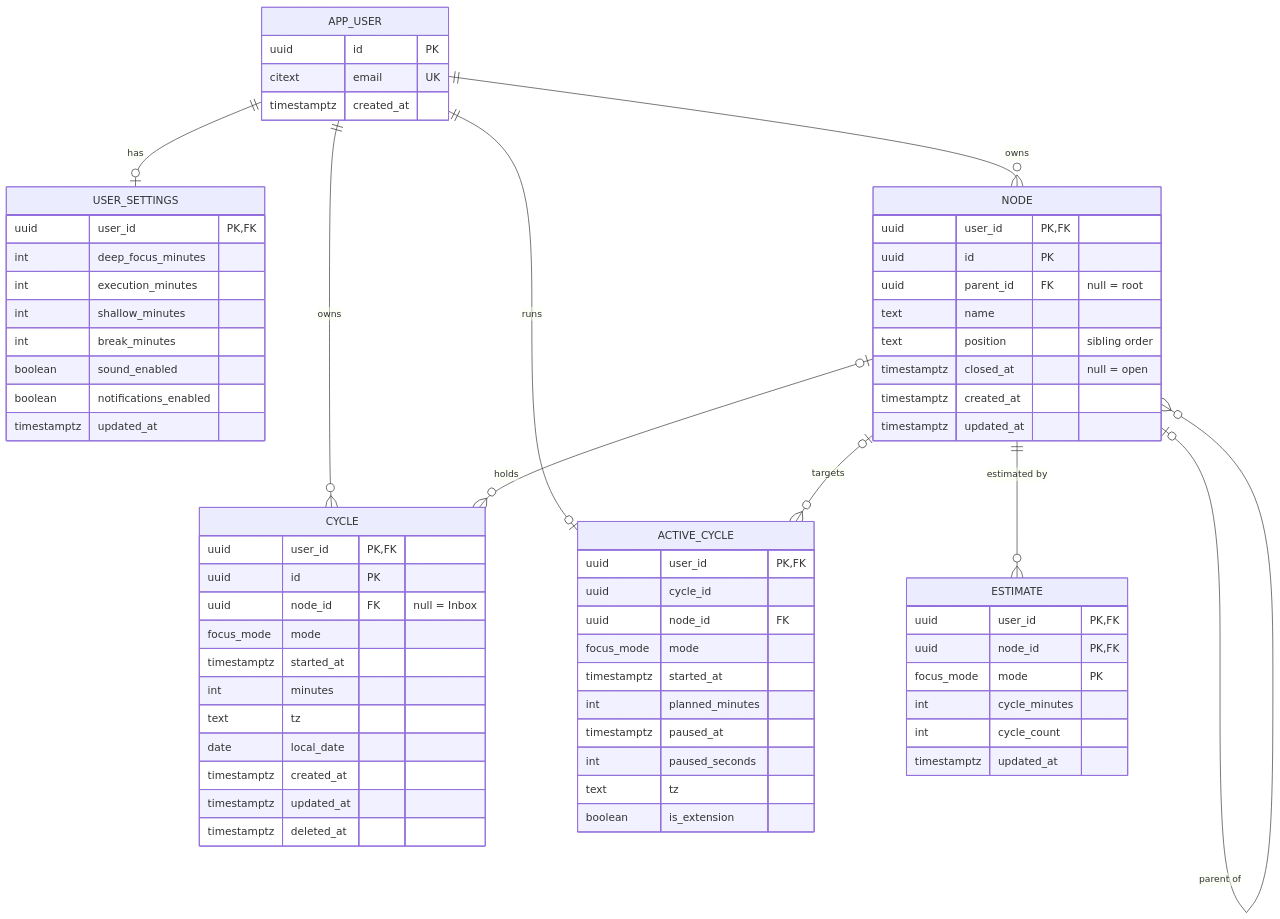
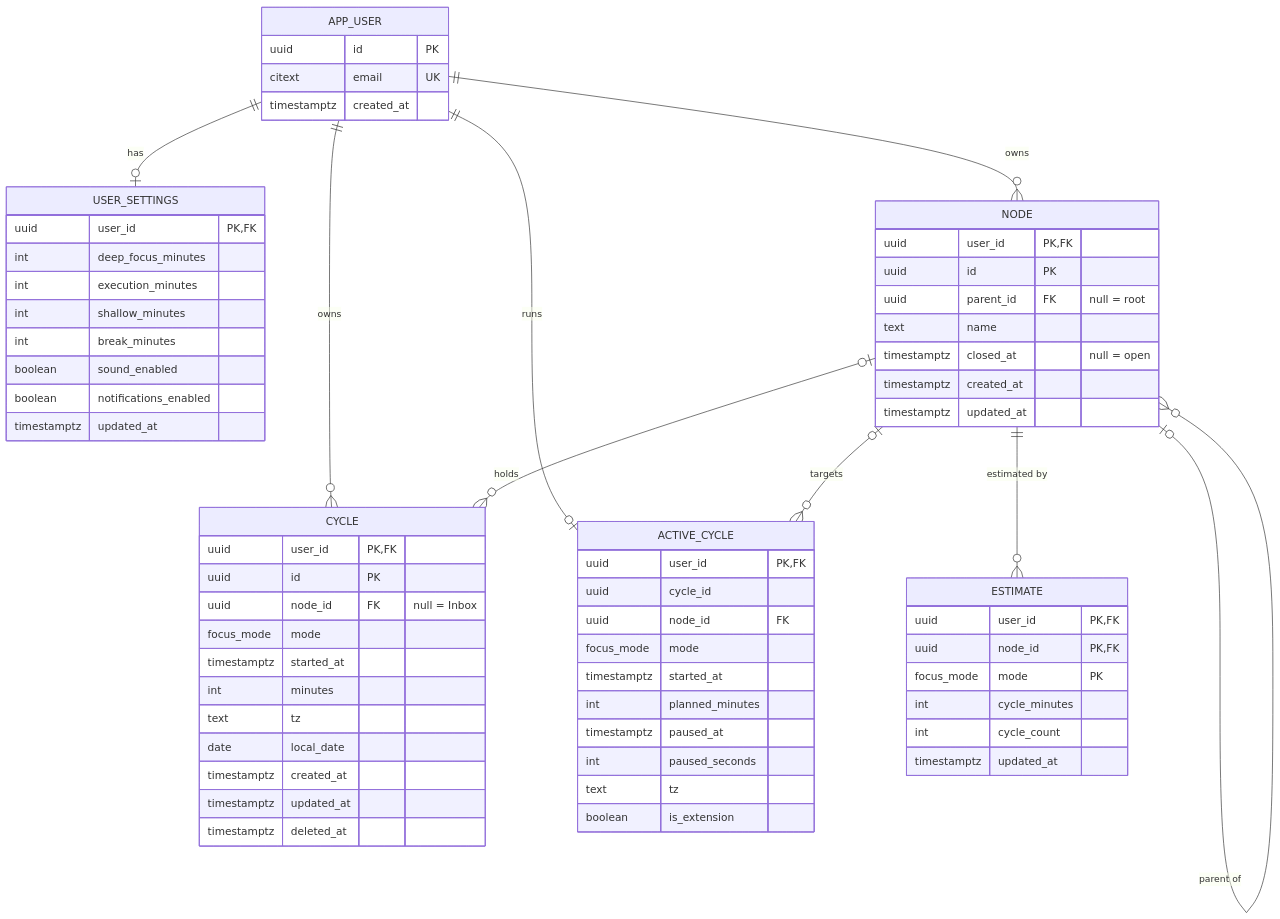
One commit to SaumyaKarnwal/focus-ledger changed the diagram in docs/schema.md. Above: the diagram before and after it, drawn with Mermaid. The commit also changed other lines of this file, not shown here.

First line of the commit message:
docs: drop node.position, sort siblings by created_at

````diff
--- a/docs/schema.md
+++ b/docs/schema.md
@@ -19,70 +19,69 @@
 ```mermaid
 erDiagram
     APP_USER ||--o| USER_SETTINGS : "has"
     APP_USER ||--o{ NODE : "owns"
     APP_USER ||--o{ CYCLE : "owns"
     APP_USER ||--o| ACTIVE_CYCLE : "runs"
     NODE |o--o{ NODE : "parent of"
     NODE |o--o{ CYCLE : "holds"
     NODE ||--o{ ESTIMATE : "estimated by"
     NODE |o--o{ ACTIVE_CYCLE : "targets"
 
     APP_USER {
         uuid id PK
         citext email UK
         timestamptz created_at
     }
     USER_SETTINGS {
         uuid user_id PK, FK
         int deep_focus_minutes
         int execution_minutes
         int shallow_minutes
         int break_minutes
         boolean sound_enabled
         boolean notifications_enabled
         timestamptz updated_at
     }
     NODE {
         uuid user_id PK, FK
         uuid id PK
         uuid parent_id FK "null = root"
         text name
-        text position "sibling order"
         timestamptz closed_at "null = open"
         timestamptz created_at
         timestamptz updated_at
     }
     CYCLE {
         uuid user_id PK, FK
         uuid id PK
         uuid node_id FK "null = Inbox"
         focus_mode mode
         timestamptz started_at
         int minutes
         text tz
         date local_date
         timestamptz created_at
         timestamptz updated_at
         timestamptz deleted_at
     }
     ESTIMATE {
         uuid user_id PK, FK
         uuid node_id PK, FK
         focus_mode mode PK
         int cycle_minutes
         int cycle_count
         timestamptz updated_at
     }
     ACTIVE_CYCLE {
         uuid user_id PK, FK
         uuid cycle_id
         uuid node_id FK
         focus_mode mode
         timestamptz started_at
         int planned_minutes
         timestamptz paused_at
         int paused_seconds
         text tz
         boolean is_extension
     }
 ```
````
